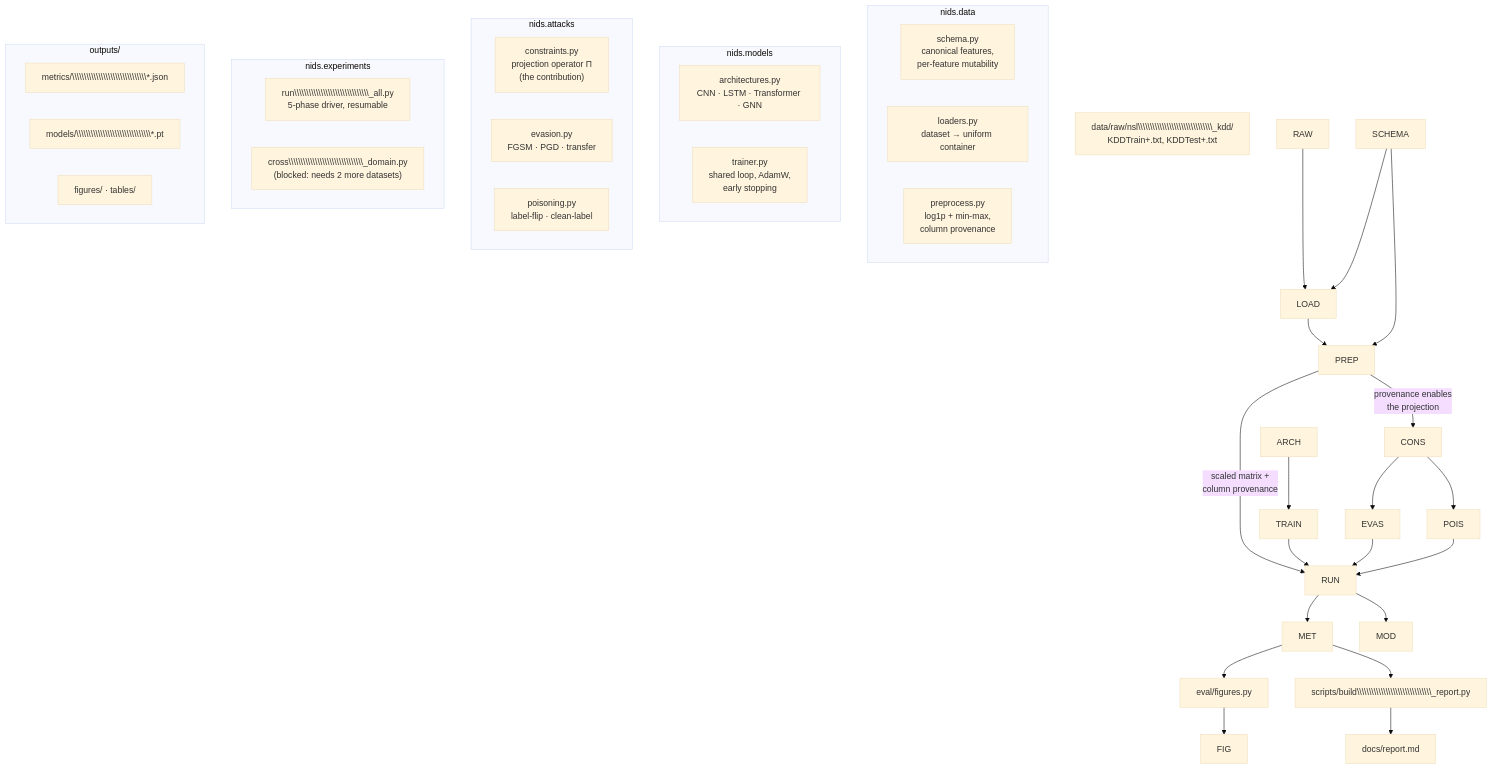
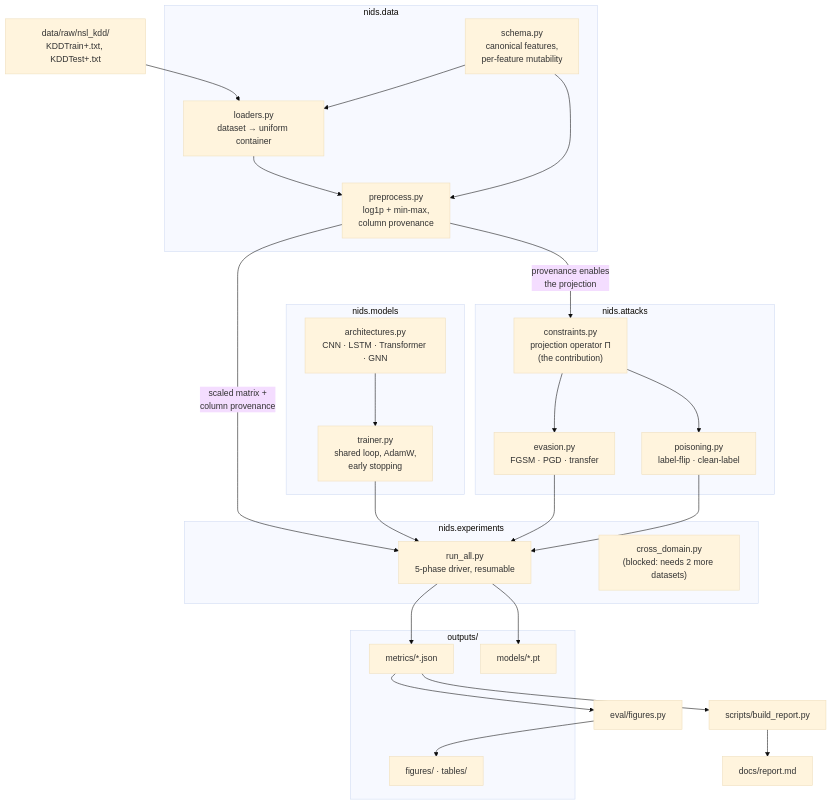
One commit to GargeeTripathi/nids-adversarial-robustness changed the first of 3 diagrams in PROJECT_DOCUMENTATION.md. Above: the diagram before and after it, drawn with Mermaid (base theme). The commit also changed other lines of this file and 1 other file, not shown here.

````diff
--- a/PROJECT_DOCUMENTATION.md
+++ b/PROJECT_DOCUMENTATION.md
@@ -199,47 +199,47 @@
 ```mermaid
 flowchart TD
-    RAW\\\\\\\\\\\\\\\\\\\\\\\\\\\\\\\["data/raw/nsl\\\\\\\\\\\\\\\\\\\\\\\\\\\\\\\_kdd/<br/>KDDTrain+.txt, KDDTest+.txt"]
+    RAW["data/raw/nsl_kdd/<br/>KDDTrain+.txt, KDDTest+.txt"]
 
-    subgraph DATA\\\\\\\\\\\\\\\\\\\\\\\\\\\\\\\["nids.data"]
-        SCHEMA\\\\\\\\\\\\\\\\\\\\\\\\\\\\\\\["schema.py<br/>canonical features,<br/>per-feature mutability"]
-        LOAD\\\\\\\\\\\\\\\\\\\\\\\\\\\\\\\["loaders.py<br/>dataset → uniform container"]
-        PREP\\\\\\\\\\\\\\\\\\\\\\\\\\\\\\\["preprocess.py<br/>log1p + min-max,<br/>column provenance"]
+    subgraph DATA["nids.data"]
+        SCHEMA["schema.py<br/>canonical features,<br/>per-feature mutability"]
+        LOAD["loaders.py<br/>dataset → uniform container"]
+        PREP["preprocess.py<br/>log1p + min-max,<br/>column provenance"]
     end
 
-    subgraph MODELS\\\\\\\\\\\\\\\\\\\\\\\\\\\\\\\["nids.models"]
-        ARCH\\\\\\\\\\\\\\\\\\\\\\\\\\\\\\\["architectures.py<br/>CNN · LSTM · Transformer · GNN"]
-        TRAIN\\\\\\\\\\\\\\\\\\\\\\\\\\\\\\\["trainer.py<br/>shared loop, AdamW,<br/>early stopping"]
+    subgraph MODELS["nids.models"]
+        ARCH["architectures.py<br/>CNN · LSTM · Transformer · GNN"]
+        TRAIN["trainer.py<br/>shared loop, AdamW,<br/>early stopping"]
     end
 
-    subgraph ATTACKS\\\\\\\\\\\\\\\\\\\\\\\\\\\\\\\["nids.attacks"]
-        CONS\\\\\\\\\\\\\\\\\\\\\\\\\\\\\\\["constraints.py<br/>projection operator Π<br/>(the contribution)"]
-        EVAS\\\\\\\\\\\\\\\\\\\\\\\\\\\\\\\["evasion.py<br/>FGSM · PGD · transfer"]
-        POIS\\\\\\\\\\\\\\\\\\\\\\\\\\\\\\\["poisoning.py<br/>label-flip · clean-label"]
+    subgraph ATTACKS["nids.attacks"]
+        CONS["constraints.py<br/>projection operator Π<br/>(the contribution)"]
+        EVAS["evasion.py<br/>FGSM · PGD · transfer"]
+        POIS["poisoning.py<br/>label-flip · clean-label"]
     end
 
-    subgraph EXP\\\\\\\\\\\\\\\\\\\\\\\\\\\\\\\["nids.experiments"]
-        RUN\\\\\\\\\\\\\\\\\\\\\\\\\\\\\\\["run\\\\\\\\\\\\\\\\\\\\\\\\\\\\\\\_all.py<br/>5-phase driver, resumable"]
-        CROSS\\\\\\\\\\\\\\\\\\\\\\\\\\\\\\\["cross\\\\\\\\\\\\\\\\\\\\\\\\\\\\\\\_domain.py<br/>(blocked: needs 2 more datasets)"]
+    subgraph EXP["nids.experiments"]
+        RUN["run_all.py<br/>5-phase driver, resumable"]
+        CROSS["cross_domain.py<br/>(blocked: needs 2 more datasets)"]
     end
 
-    subgraph OUT\\\\\\\\\\\\\\\\\\\\\\\\\\\\\\\["outputs/"]
-        MET\\\\\\\\\\\\\\\\\\\\\\\\\\\\\\\["metrics/\\\\\\\\\\\\\\\\\\\\\\\\\\\\\\\*.json"]
-        MOD\\\\\\\\\\\\\\\\\\\\\\\\\\\\\\\["models/\\\\\\\\\\\\\\\\\\\\\\\\\\\\\\\*.pt"]
-        FIG\\\\\\\\\\\\\\\\\\\\\\\\\\\\\\\["figures/ · tables/"]
+    subgraph OUT["outputs/"]
+        MET["metrics/*.json"]
+        MOD["models/*.pt"]
+        FIG["figures/ · tables/"]
     end
 
     RAW --> LOAD --> PREP
     SCHEMA --> LOAD
     SCHEMA --> PREP
     PREP -->|"scaled matrix +<br/>column provenance"| RUN
     PREP -->|"provenance enables<br/>the projection"| CONS
     ARCH --> TRAIN --> RUN
     CONS --> EVAS
     CONS --> POIS
     EVAS --> RUN
     POIS --> RUN
     RUN --> MET
     RUN --> MOD
-    MET --> FIGS\\\\\\\\\\\\\\\\\\\\\\\\\\\\\\\["eval/figures.py"] --> FIG
-    MET --> REPORT\\\\\\\\\\\\\\\\\\\\\\\\\\\\\\\["scripts/build\\\\\\\\\\\\\\\\\\\\\\\\\\\\\\\_report.py"] --> DOCS\\\\\\\\\\\\\\\\\\\\\\\\\\\\\\\["docs/report.md"]
+    MET --> FIGS["eval/figures.py"] --> FIG
+    MET --> REPORT["scripts/build_report.py"] --> DOCS["docs/report.md"]
 ```
````
